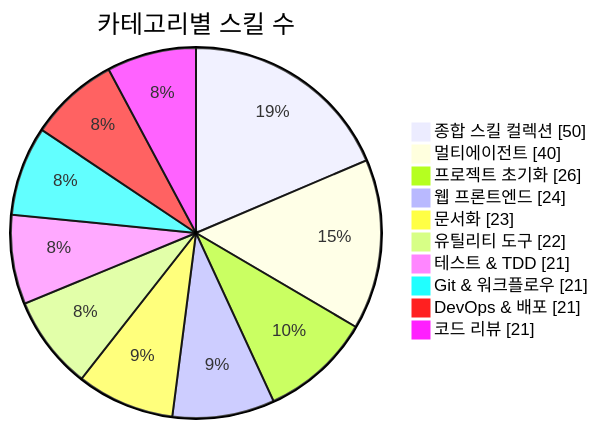
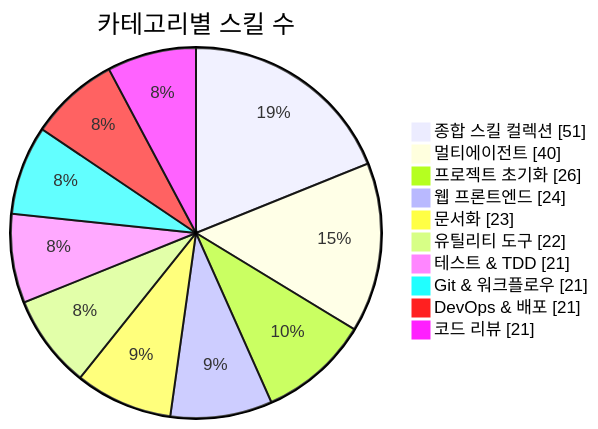
Before and after one commit to J-nowcow/awesome-korean-agent-skills: the first of 3 diagrams in README.md, drawn with Mermaid. The commit also changed other lines of this file and 3 other files, not shown here.

````diff
--- a/README.md
+++ b/README.md
@@ -176,14 +176,14 @@
 ```mermaid
 pie showData
     title 카테고리별 스킬 수
-    "종합 스킬 컬렉션" : 50
+    "종합 스킬 컬렉션" : 51
     "멀티에이전트" : 40
     "프로젝트 초기화" : 26
     "웹 프론트엔드" : 24
     "문서화" : 23
     "유틸리티 도구" : 22
     "테스트 & TDD" : 21
     "Git & 워크플로우" : 21
     "DevOps & 배포" : 21
     "코드 리뷰" : 21
 ```
````
